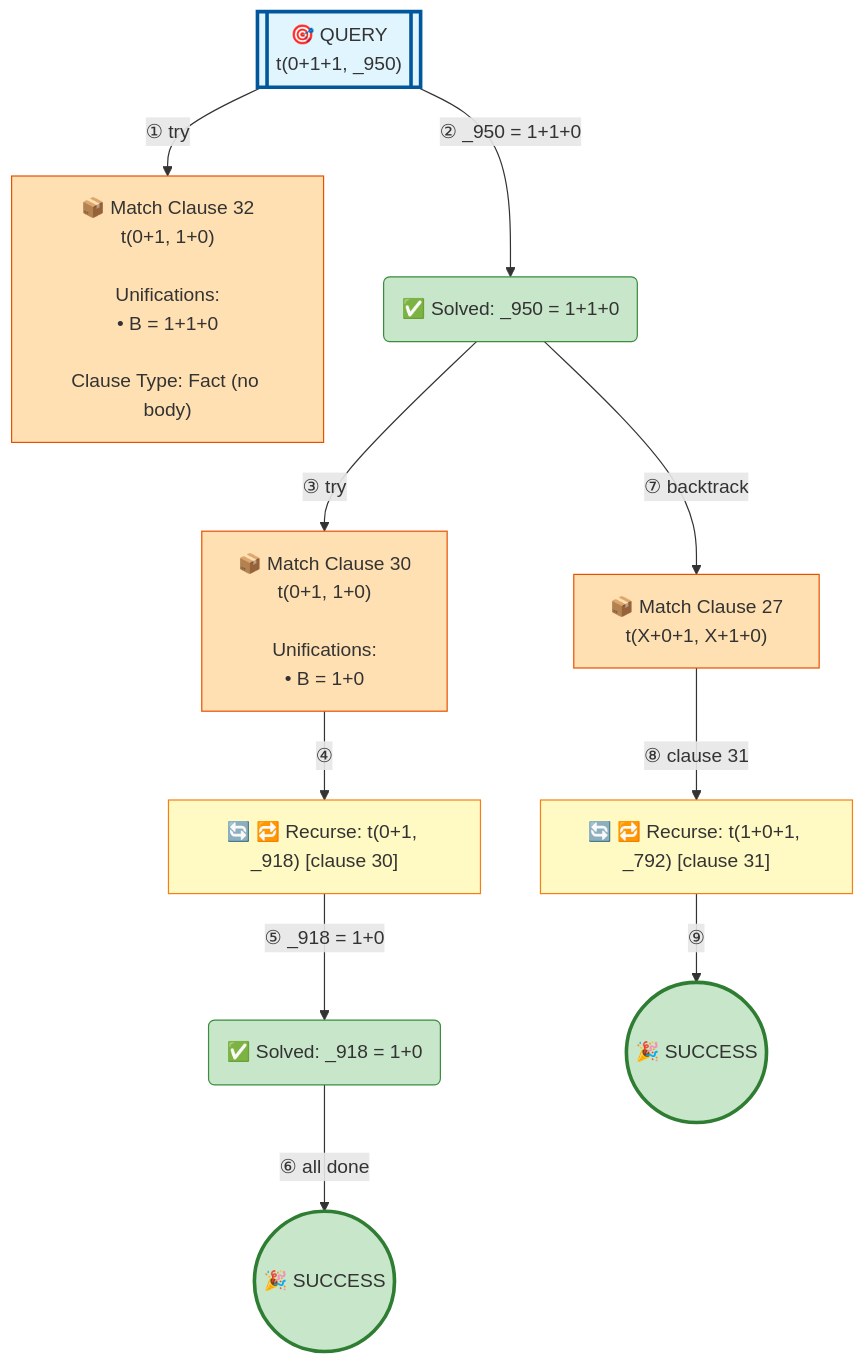
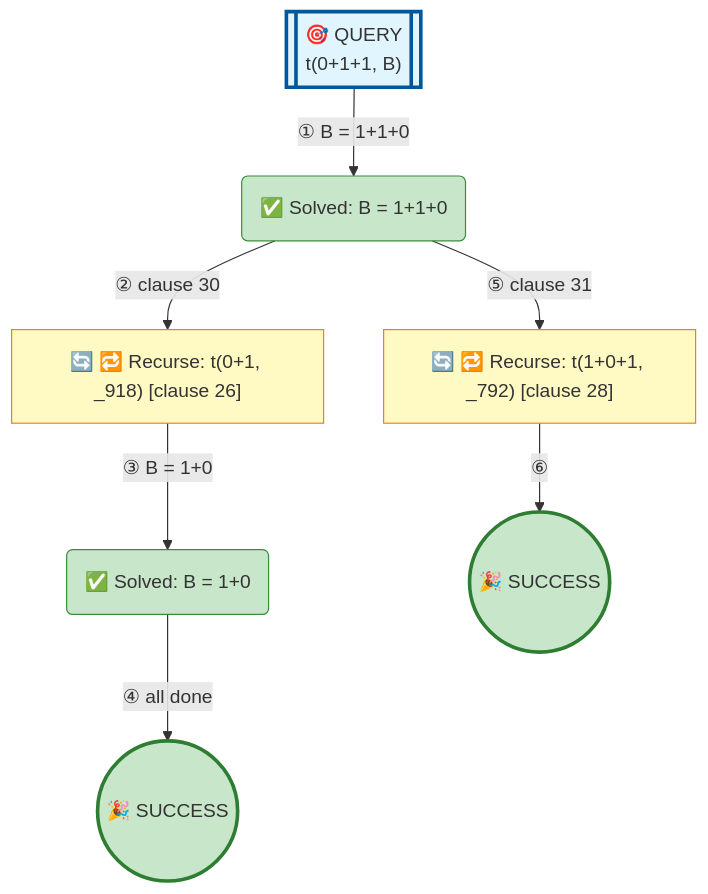
One commit to jarecsni/prolog-trace-viz changed the diagram in examples/3_3_operators-output.md. Above: the diagram before and after it, drawn with Mermaid. The commit also changed other lines of this file and 5 other files, not shown here.

````diff
--- a/examples/3_3_operators-output.md
+++ b/examples/3_3_operators-output.md
@@ -21,38 +19,29 @@
 ```mermaid
 graph TD
 
 %% Nodes
-A[["🎯 QUERY<br/>t(0+1+1, _950)"]]
-B["📦 Match Clause 32<br/>t(0+1, 1+0)<br/><br/>Unifications:<br/>• B = 1+1+0<br/><br/>Clause Type: Fact (no body)"]
-C("✅ Solved: _950 = 1+1+0")
-D["🔄 🔁 Recurse: t(0+1, _918) [clause 30]"]
-E["📦 Match Clause 30<br/>t(0+1, 1+0)<br/><br/>Unifications:<br/>• B = 1+0"]
-F("✅ Solved: _918 = 1+0")
+A[["🎯 QUERY<br/>t(0+1+1, B)"]]
+B("✅ Solved: B = 1+1+0")
+C["🔄 🔁 Recurse: t(0+1, _918) [clause 26]"]
+D("✅ Solved: B = 1+0")
+E(("🎉 SUCCESS"))
+F["🔄 🔁 Recurse: t(1+0+1, _792) [clause 28]"]
 G(("🎉 SUCCESS"))
-H["📦 Match Clause 27<br/>t(X+0+1, X+1+0)"]
-I["🔄 🔁 Recurse: t(1+0+1, _792) [clause 31]"]
-J(("🎉 SUCCESS"))
 
 %% Edges
-A -->|"① try"| B
-A -->|"② _950 = 1+1+0"| C
-C -->|"③ try"| E
-E -->|"④"| D
-D -->|"⑤ _918 = 1+0"| F
-F -->|"⑥ all done"| G
-C -->|"⑦ backtrack"| H
-H -->|"⑧ clause 31"| I
-I -->|"⑨"| J
+A -->|"① B = 1+1+0"| B
+B -->|"② clause 30"| C
+C -->|"③ B = 1+0"| D
+D -->|"④ all done"| E
+B -->|"⑤ clause 31"| F
+F -->|"⑥"| G
 
 %% Styles
 style A fill:#e1f5ff,stroke:#01579b,stroke-width:3px
-style B fill:#ffe0b2,stroke:#e65100
-style C fill:#c8e6c9,stroke:#388e3c
-style D fill:#fff9c4,stroke:#f57f17
-style E fill:#ffe0b2,stroke:#e65100
-style F fill:#c8e6c9,stroke:#388e3c
+style B fill:#c8e6c9,stroke:#388e3c
+style C fill:#fff9c4,stroke:#f57f17
+style D fill:#c8e6c9,stroke:#388e3c
+style E fill:#c8e6c9,stroke:#2e7d32,stroke-width:3px
+style F fill:#fff9c4,stroke:#f57f17
 style G fill:#c8e6c9,stroke:#2e7d32,stroke-width:3px
-style H fill:#ffe0b2,stroke:#e65100
-style I fill:#fff9c4,stroke:#f57f17
-style J fill:#c8e6c9,stroke:#2e7d32,stroke-width:3px
 ```
````
